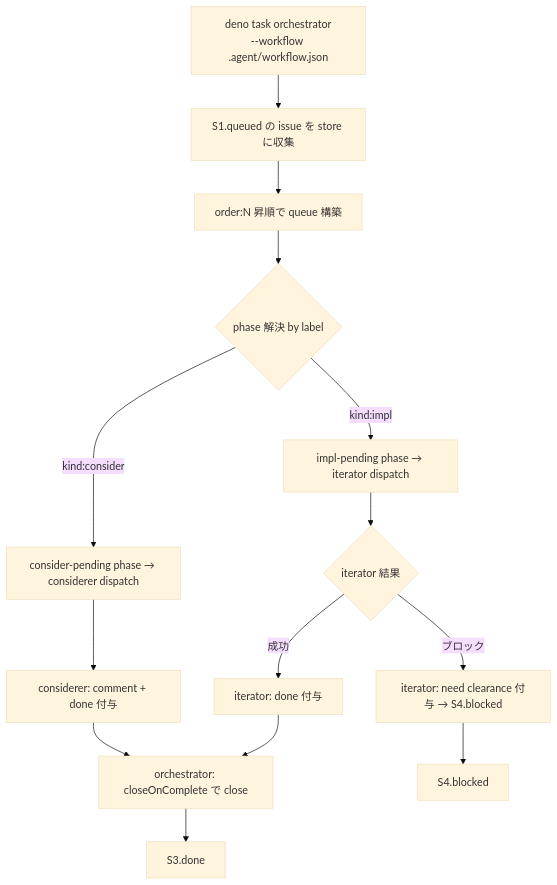
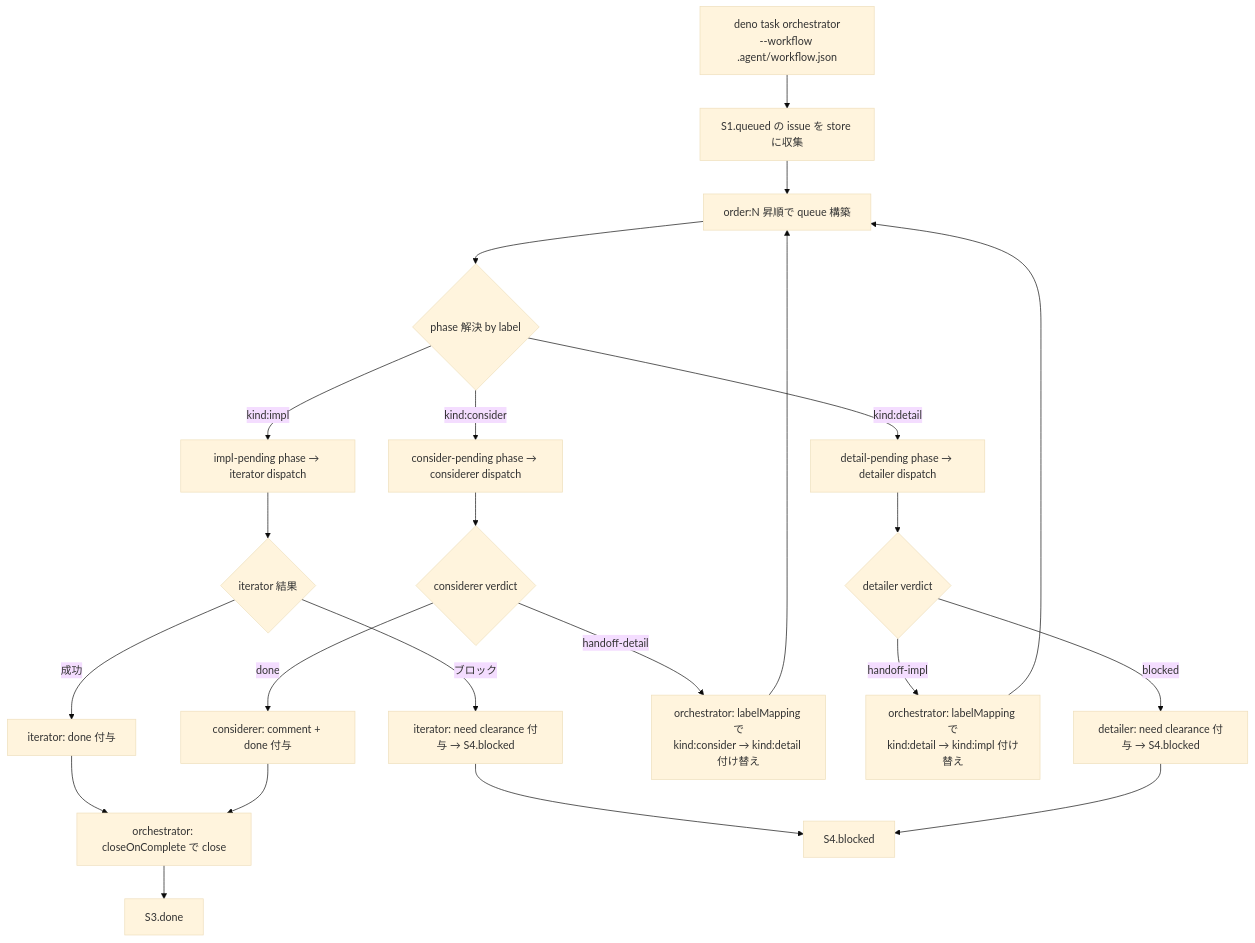
The third of 3 diagrams in .agent/workflow-issue-states.md (tettuan/climpt), drawn with Mermaid (base theme) before and after one commit. The commit also changed other lines of this file and 13 other files, not shown here.

````diff
--- a/.agent/workflow-issue-states.md
+++ b/.agent/workflow-issue-states.md
@@ -158,19 +195,29 @@
 ```mermaid
 flowchart TD
     A["deno task orchestrator<br/>--workflow .agent/workflow.json"] --> B[S1.queued の issue を store に収集]
     B --> C[order:N 昇順で queue 構築]
     C --> D{phase 解決 by label}
     D -->|kind:impl| E[impl-pending phase → iterator dispatch]
     D -->|kind:consider| F[consider-pending phase → considerer dispatch]
+    D -->|kind:detail| G[detail-pending phase → detailer dispatch]
 
     E --> I{iterator 結果}
     I -->|成功| J[iterator: done 付与]
     I -->|ブロック| K[iterator: need clearance 付与 → S4.blocked]
 
-    F --> L[considerer: comment + done 付与]
+    F --> FR{considerer verdict}
+    FR -->|done| L[considerer: comment + done 付与]
+    FR -->|handoff-detail| FH["orchestrator: labelMapping で<br/>kind:consider → kind:detail 付け替え"]
+    FH --> C
+
+    G --> GR{detailer verdict}
+    GR -->|handoff-impl| GH["orchestrator: labelMapping で<br/>kind:detail → kind:impl 付け替え"]
+    GR -->|blocked| GB[detailer: need clearance 付与 → S4.blocked]
+    GH --> C
 
     J --> CLOSE[orchestrator: closeOnComplete で close]
     L --> CLOSE
     CLOSE --> M[S3.done]
     K --> M2[S4.blocked]
+    GB --> M2
 ```
````
